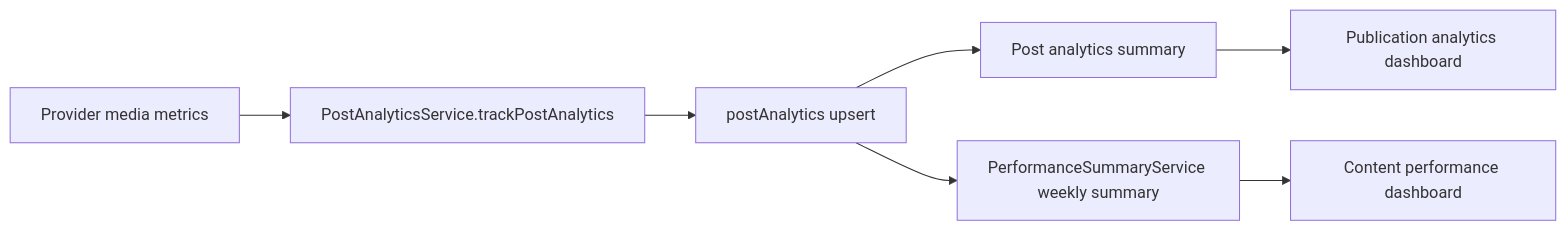
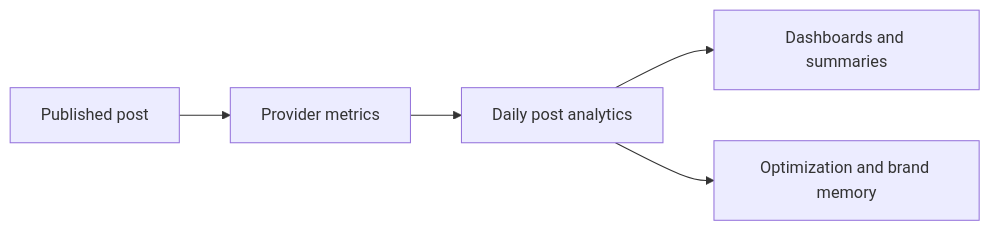
The diagram in apps/docs/content/core-loop/analytics-backbone.mdx (genfeedai/genfeed.ai), drawn with Mermaid before and after one commit. The commit also changed other lines of this file and 6 other files, not shown here.

First line of the commit message:
docs: trim the core-loop diagrams and code-path breadcrumbs

````diff
--- a/apps/docs/content/core-loop/analytics-backbone.mdx
+++ b/apps/docs/content/core-loop/analytics-backbone.mdx
@@ -136,9 +9,7 @@
 ```mermaid
 flowchart LR
-  A["Provider media metrics"] --> B["PostAnalyticsService.trackPostAnalytics"]
-  B --> C["postAnalytics upsert"]
-  C --> D["Post analytics summary"]
-  C --> E["PerformanceSummaryService weekly summary"]
-  D --> F["Publication analytics dashboard"]
-  E --> G["Content performance dashboard"]
+  A["Published post"] --> B["Provider metrics"]
+  B --> C["Daily post analytics"]
+  C --> D["Dashboards and summaries"]
+  C --> E["Optimization and brand memory"]
 ```
````
